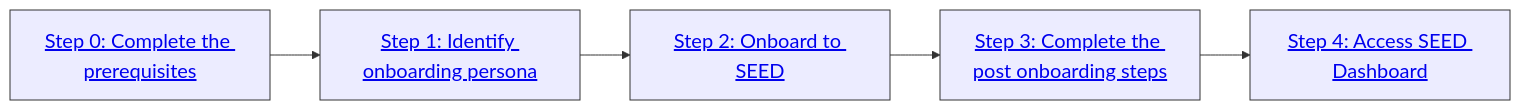
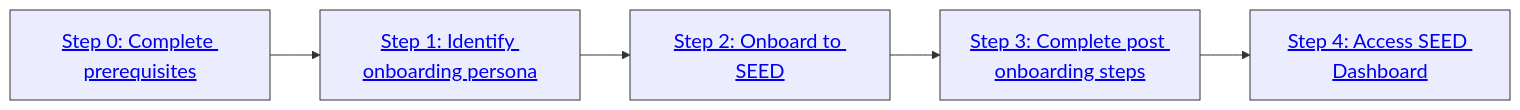
The second of 2 diagrams in getting-started.md (GovTechSG/seed-primer-documentation), drawn with Mermaid before and after one commit.

````diff
--- a/getting-started.md
+++ b/getting-started.md
@@ -20,21 +20,21 @@
 ```mermaid
 %%{init: {'theme': 'default','themeVariables': { 'fontSize': '20px', 'fontFamily': 'Inter', 'width': '800px' }}}%%
 graph LR
-    A["<a href='https://docs.developer.tech.gov.sg/docs/staging-seed-primer/getting-started?id=step-0-ensure-you-meet-the-required-prerequisites'>Step 0: Complete the prerequisites</a>"]
+    A["<a href='https://docs.developer.tech.gov.sg/docs/staging-seed-primer/getting-started?id=step-0-ensure-you-meet-the-required-prerequisites'>Step 0: Complete prerequisites</a>"]
     B["<a href='https://docs.developer.tech.gov.sg/docs/staging-seed-primer/getting-started?id=step-1-identify-your-onboarding-persona'>Step 1: Identify onboarding persona</a>"]
     C["<a href='https://docs.developer.tech.gov.sg/docs/staging-seed-primer/getting-started?id=step-2-onboard-device-to-seed'>Step 2: Onboard to SEED</a>"]
-    D["<a href='https://docs.developer.tech.gov.sg/docs/staging-seed-primer/post-onboarding-steps'>Step 3: Complete the post onboarding steps</a>"]
+    D["<a href='https://docs.developer.tech.gov.sg/docs/staging-seed-primer/post-onboarding-steps'>Step 3: Complete post onboarding steps</a>"]
     E["<a href='https://docs.developer.tech.gov.sg/docs/staging-seed-primer/dashboard'>Step 4: Access SEED Dashboard</a>"]
 
     style A  stroke:#333, max-width: 600px;
     style B  stroke:#333, max-width: 600px;
     style C  stroke:#333, max-width: 600px;
     style D  stroke:#333, max-width: 600px;
     style E  stroke:#333, max-width: 600px;
     
     A --> B
     B --> C
     C --> D
     D --> E
 
 ```
````
